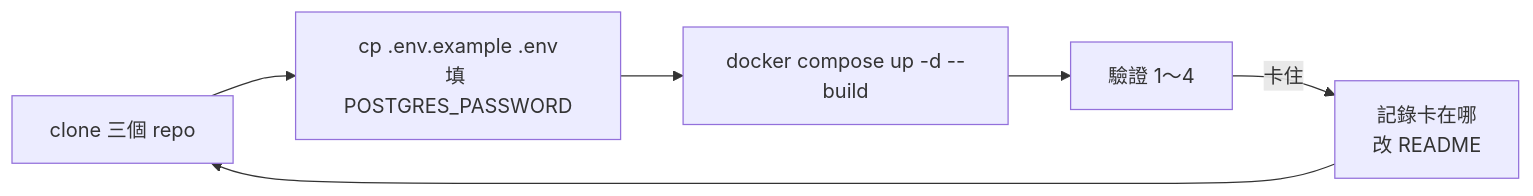
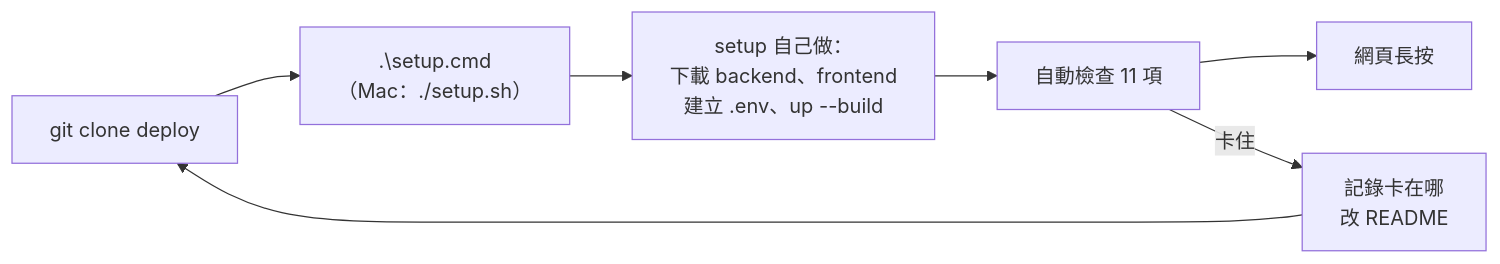
Before and after one commit to transit-reach/dev-notes: the diagram in acceptance/2026-11-06-item9-deploy-by-others.md, drawn with Mermaid. The commit also changed other lines of this file, not shown here.

````diff
--- a/acceptance/2026-11-06-item9-deploy-by-others.md
+++ b/acceptance/2026-11-06-item9-deploy-by-others.md
@@ -18,5 +25,5 @@
 ```mermaid
 flowchart LR
-    A["clone 三個 repo"] --> B["cp .env.example .env<br/>填 POSTGRES_PASSWORD"] --> C["docker compose up -d --build"] --> D["驗證 1～4"]
-    D -->|卡住| E["記錄卡在哪<br/>改 README"] --> A
+    A["git clone deploy"] --> B[".\setup.cmd<br/>（Mac：./setup.sh）"] --> C["setup 自己做：<br/>下載 backend、frontend<br/>建立 .env、up --build"] --> D["自動檢查 11 項"] --> E["網頁長按"]
+    D -->|卡住| F["記錄卡在哪<br/>改 README"] --> A
 ```
````
